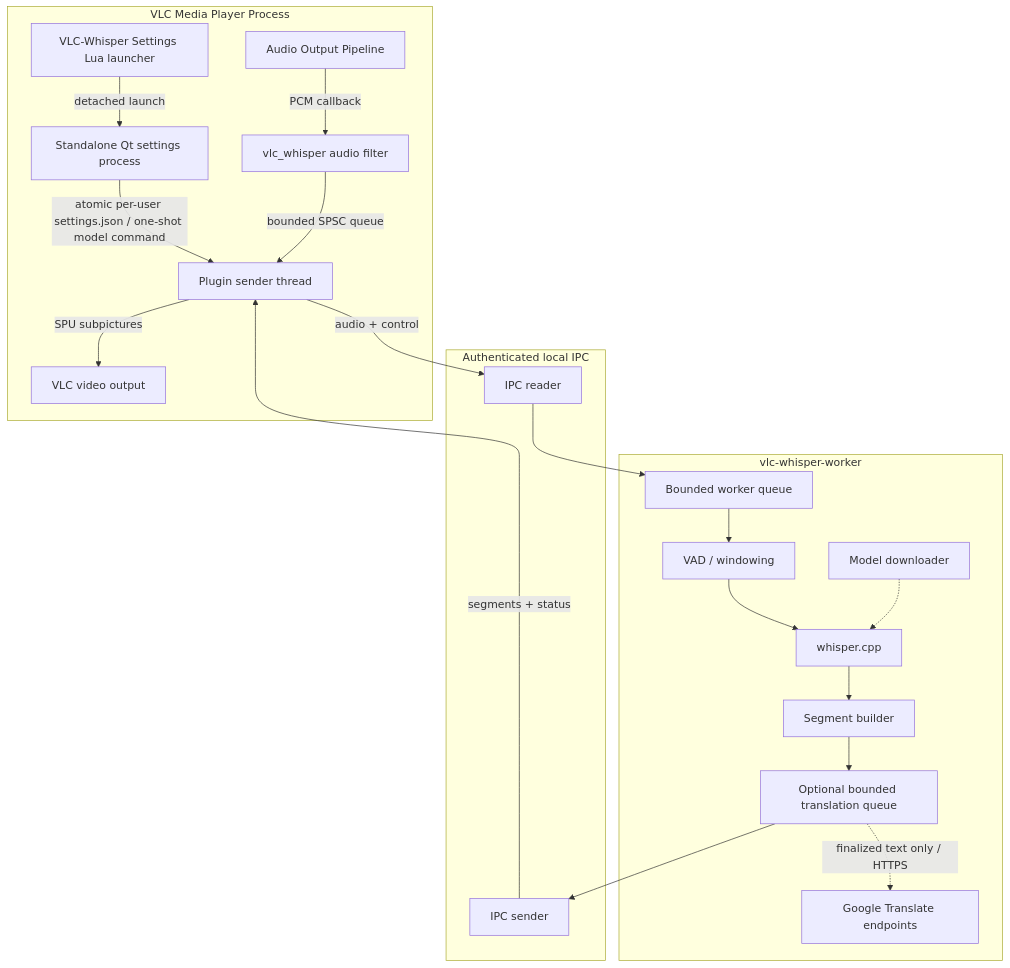
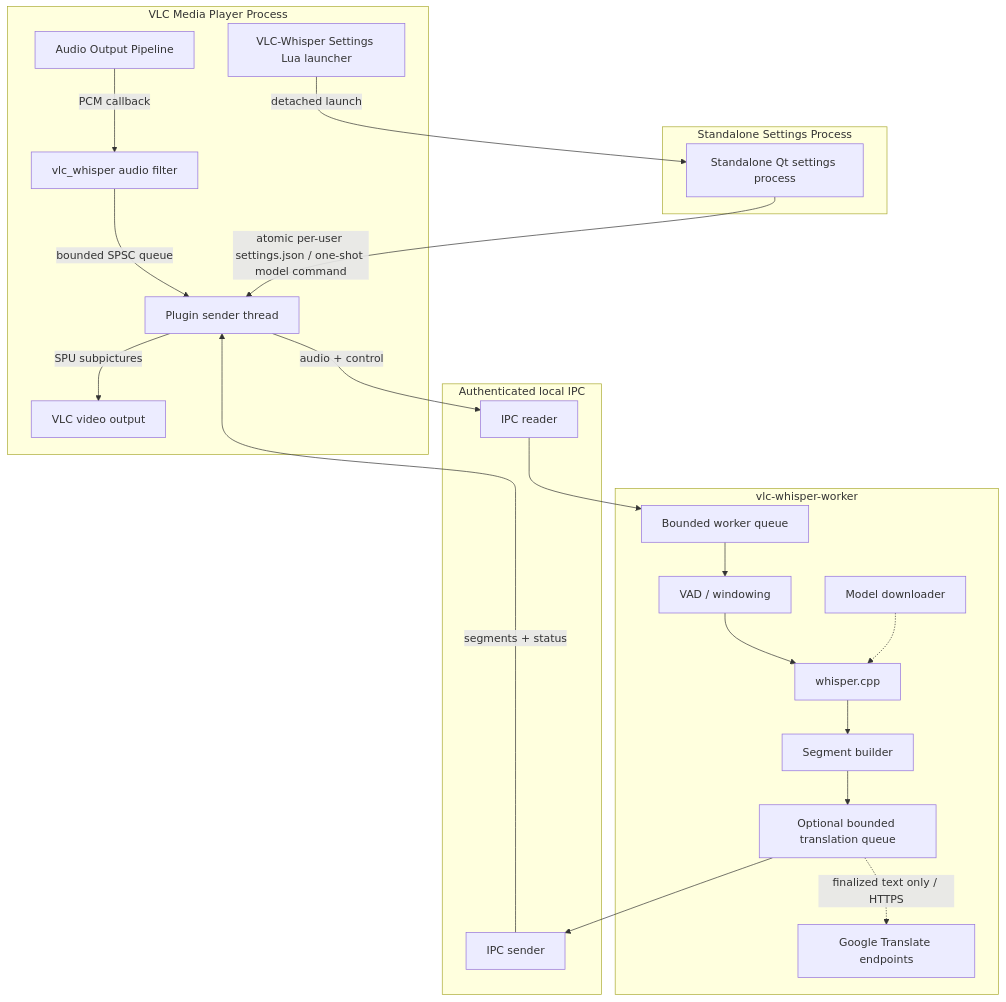
Before and after one commit to rzv04/vlc-whisper: the diagram in README.md, drawn with Mermaid.

Commit message:
docs(settings): separate Qt process boundary

````diff
--- a/README.md
+++ b/README.md
@@ -167,26 +167,32 @@
 ```mermaid
 flowchart TB
     subgraph VLC["VLC Media Player Process"]
         AOUT["Audio Output Pipeline"] -->|"PCM callback"| PLUGIN["vlc_whisper audio filter"]
-        LUA["VLC-Whisper Settings Lua launcher"] -->|"detached launch"| QT["Standalone Qt settings process"]
-        QT -->|"atomic per-user settings.json / one-shot model command"| SENDER["Plugin sender thread"]
-        PLUGIN -->|"bounded SPSC queue"| SENDER
+        LUA["VLC-Whisper Settings Lua launcher"]
+        PLUGIN -->|"bounded SPSC queue"| SENDER["Plugin sender thread"]
         SENDER -->|"SPU subpictures"| SPU["VLC video output"]
     end
+
+    subgraph SETTINGS["Standalone Settings Process"]
+        QT["Standalone Qt settings process"]
+    end
+
+    LUA -->|"detached launch"| QT
+    QT -->|"atomic per-user settings.json / one-shot model command"| SENDER
 
     subgraph IPC["Authenticated local IPC"]
         SENDER -->|"audio + control"| WORKER_IN
         WORKER_OUT -->|"segments + status"| SENDER
     end
 
     subgraph WORKER["vlc-whisper-worker"]
         WORKER_IN["IPC reader"] --> QUEUE["Bounded worker queue"]
         QUEUE --> VAD["VAD / windowing"]
         VAD --> ENGINE["whisper.cpp"]
         ENGINE --> BUILDER["Segment builder"]
         BUILDER --> TRANS["Optional bounded translation queue"]
         TRANS --> WORKER_OUT["IPC sender"]
         DOWNLOADER["Model downloader"] -.-> ENGINE
         TRANS -.->|"finalized text only / HTTPS"| GOOGLE["Google Translate endpoints"]
     end
 ```
````
